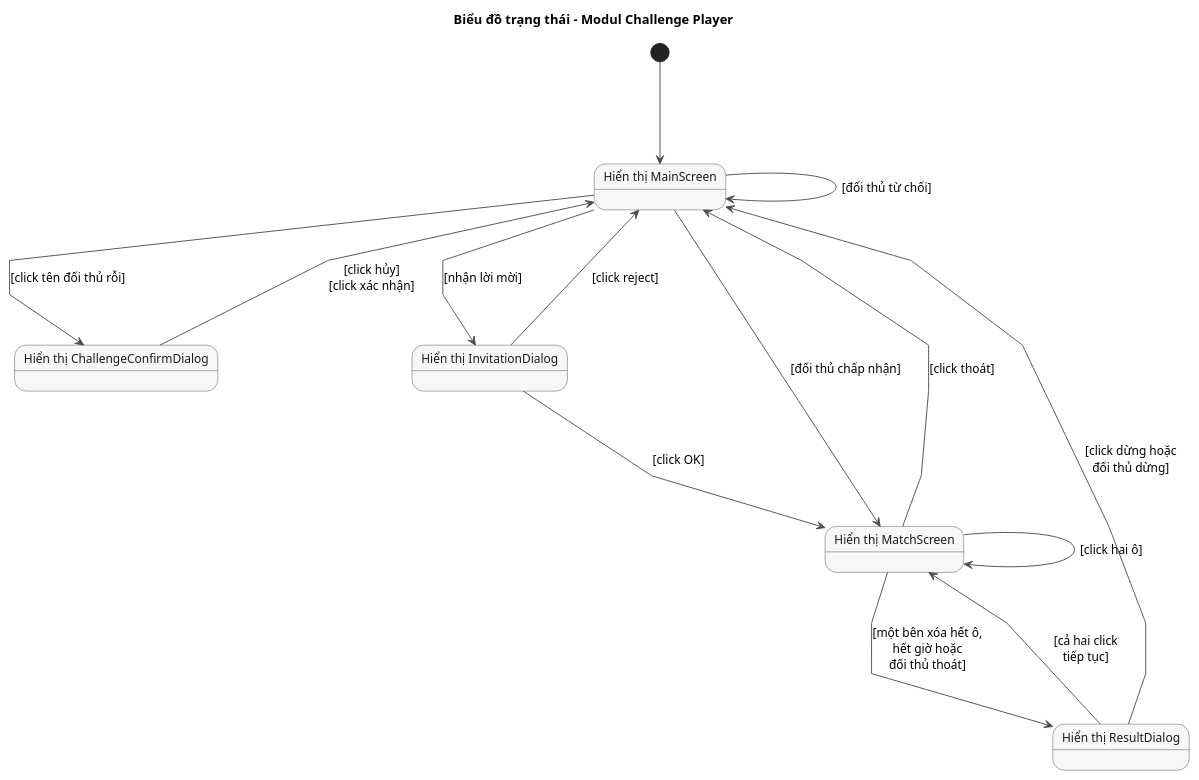
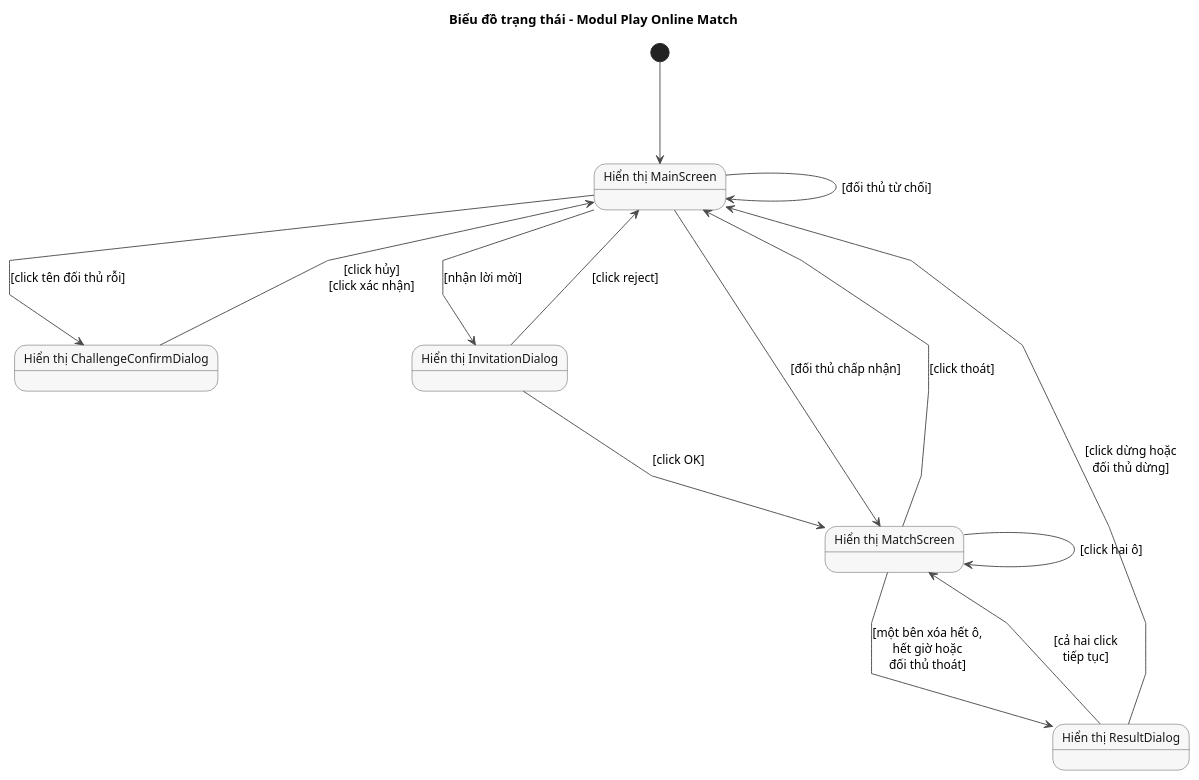
The diagram in docs/uml/pha2/state-m3.puml (VattenL/mobile-pikachu), drawn with PlantUML before and after one commit. The commit also changed 46 other files, not shown here.

```diff
--- a/docs/uml/pha2/state-m3.puml
+++ b/docs/uml/pha2/state-m3.puml
@@ -1,35 +1,35 @@
 @startuml state-m3
-title Biểu đồ trạng thái - Modul Challenge Player
+title Biểu đồ trạng thái - Modul Play Online Match
 
 skinparam shadowing false
 skinparam linetype polyline
 skinparam defaultFontSize 13
 skinparam nodesep 120
 skinparam ranksep 110
 skinparam state {
   BackgroundColor #F7F7F7
   BorderColor #4A4A4A
   ArrowColor #4A4A4A
   FontColor #1A1A1A
 }
 
 state "Hiển thị MainScreen" as Main
 state "Hiển thị ChallengeConfirmDialog" as Confirm
 state "Hiển thị InvitationDialog" as Invitation
 state "Hiển thị MatchScreen" as Match
 state "Hiển thị ResultDialog" as Result
 
 [*] --> Main
 Main --> Confirm : [click tên đối thủ rỗi]
 Confirm --> Main : [click hủy]\n[click xác nhận]
 Main --> Main : [đối thủ từ chối]
 Main --> Invitation : [nhận lời mời]
 Invitation --> Main : [click reject]
 Invitation --> Match : [click OK]
 Main --> Match : [đối thủ chấp nhận]
 Match --> Match : [click hai ô]
 Match --> Main : [click thoát]
 Match --> Result : [một bên xóa hết ô,\nhết giờ hoặc\nđối thủ thoát]
 Result --> Match : [cả hai click\ntiếp tục]
 Result --> Main : [click dừng hoặc\nđối thủ dừng]
 @enduml
```
